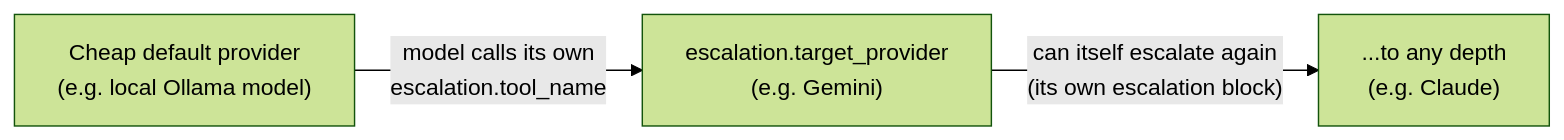
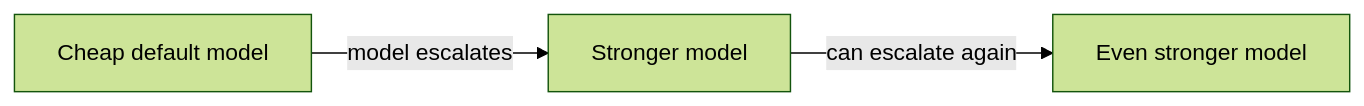
One commit to archer-developer/miranda changed the third of 6 diagrams in README.md. Above: the diagram before and after it, drawn with Mermaid (forest theme). The commit also changed other lines of this file, not shown here.

````diff
--- a/README.md
+++ b/README.md
@@ -168,5 +158,5 @@
 ```mermaid
 flowchart LR
-    A["Cheap default provider<br/>(e.g. local Ollama model)"] -->|"model calls its own<br/>escalation.tool_name"| B["escalation.target_provider<br/>(e.g. Gemini)"]
-    B -->|"can itself escalate again<br/>(its own escalation block)"| C["...to any depth<br/>(e.g. Claude)"]
+    A["Cheap default model"] -->|"model escalates"| B["Stronger model"]
+    B -->|"can escalate again"| C["Even stronger model"]
 ```
````
